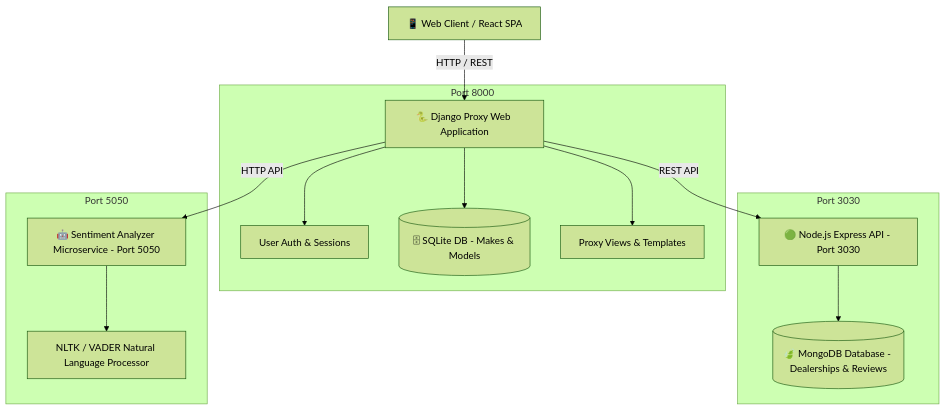
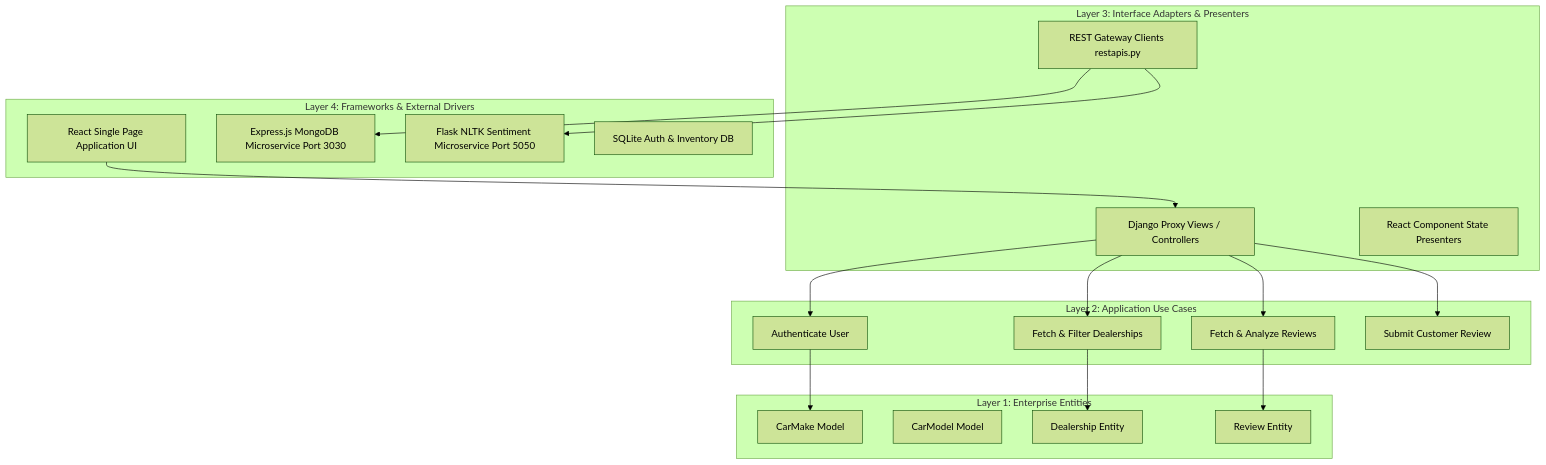
The diagram in README.md (MahmoudEsawi/xrwvm-fullstack_developer_capstone), drawn with Mermaid (forest theme) before and after one commit. The commit also changed other lines of this file, not shown here.

Commit message:
Implement full Clean Architecture documentation and layer separation

````diff
--- a/README.md
+++ b/README.md
@@ -45,21 +34,40 @@
 ```mermaid
 graph TD
-    Client[📱 Web Client / React SPA] -->|HTTP / REST| Django[🐍 Django Proxy Web Application]
-    
-    subgraph Django App Core [Port 8000]
-        Django --> Auth[User Auth & Sessions]
-        Django --> DjangoDB[(🗄 SQLite DB - Makes & Models)]
-        Django --> Views[Proxy Views & Templates]
+    subgraph Layer 1: Enterprise Entities
+        E1[CarMake Model]
+        E2[CarModel Model]
+        E3[Dealership Entity]
+        E4[Review Entity]
     end
 
-    Django -->|REST API| NodeService[🟢 Node.js Express API - Port 3030]
-    Django -->|HTTP API| SentimentService[🤖 Sentiment Analyzer Microservice - Port 5050]
-
-    subgraph Node Backend Microservice [Port 3030]
-        NodeService --> MongoDB[(🍃 MongoDB Database - Dealerships & Reviews)]
+    subgraph Layer 2: Application Use Cases
+        U1[Authenticate User]
+        U2[Fetch & Filter Dealerships]
+        U3[Fetch & Analyze Reviews]
+        U4[Submit Customer Review]
     end
 
-    subgraph Sentiment Microservice [Port 5050]
-        SentimentService --> NLTK[NLTK / VADER Natural Language Processor]
+    subgraph Layer 3: Interface Adapters & Presenters
+        A1[Django Proxy Views / Controllers]
+        A2[REST Gateway Clients restapis.py]
+        A3[React Component State Presenters]
     end
+
+    subgraph Layer 4: Frameworks & External Drivers
+        F1[React Single Page Application UI]
+        F2[Express.js MongoDB Microservice Port 3030]
+        F3[Flask NLTK Sentiment Microservice Port 5050]
+        F4[SQLite Auth & Inventory DB]
+    end
+
+    F1 --> A1
+    A1 --> U1
+    A1 --> U2
+    A1 --> U3
+    A1 --> U4
+    A2 --> F2
+    A2 --> F3
+    U1 --> E1
+    U2 --> E3
+    U3 --> E4
 ```
````
